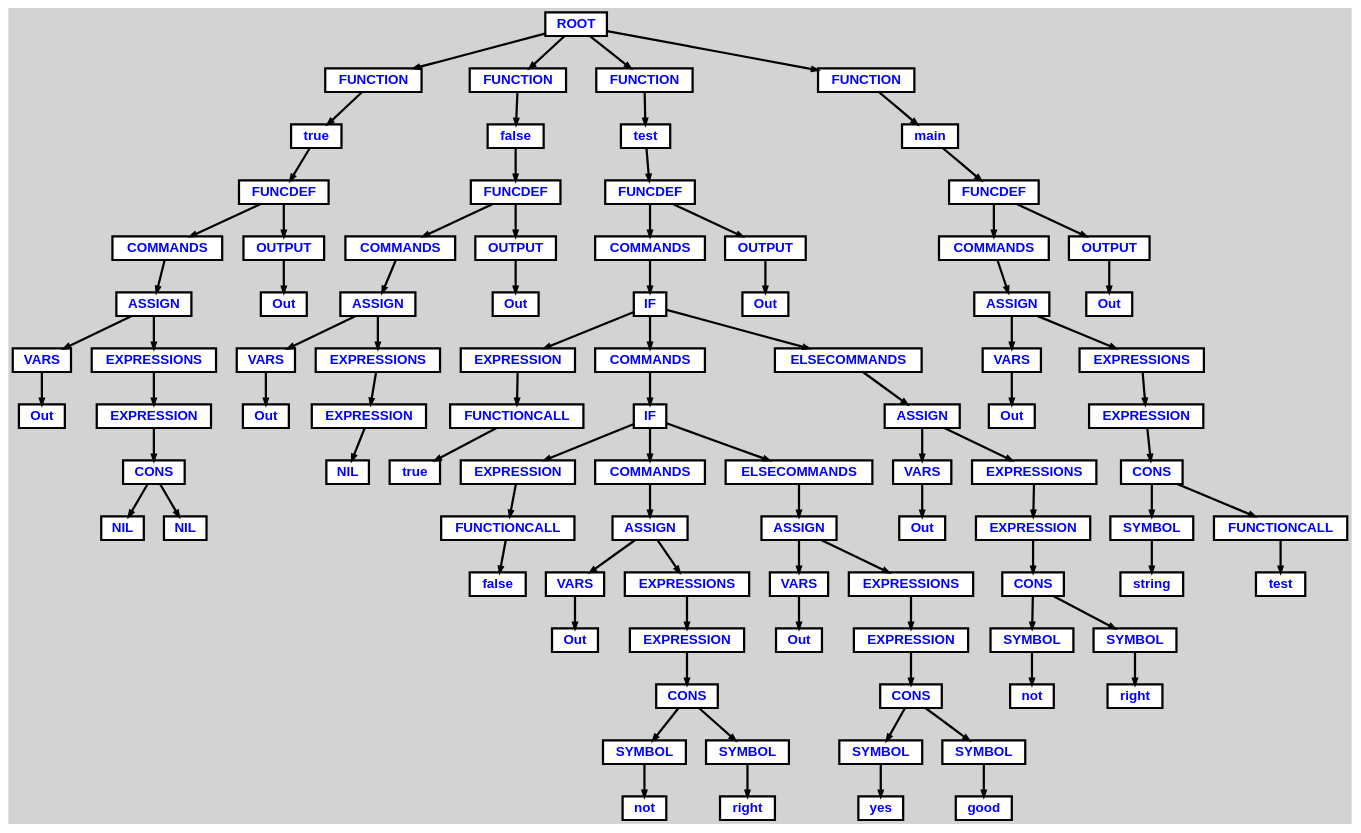
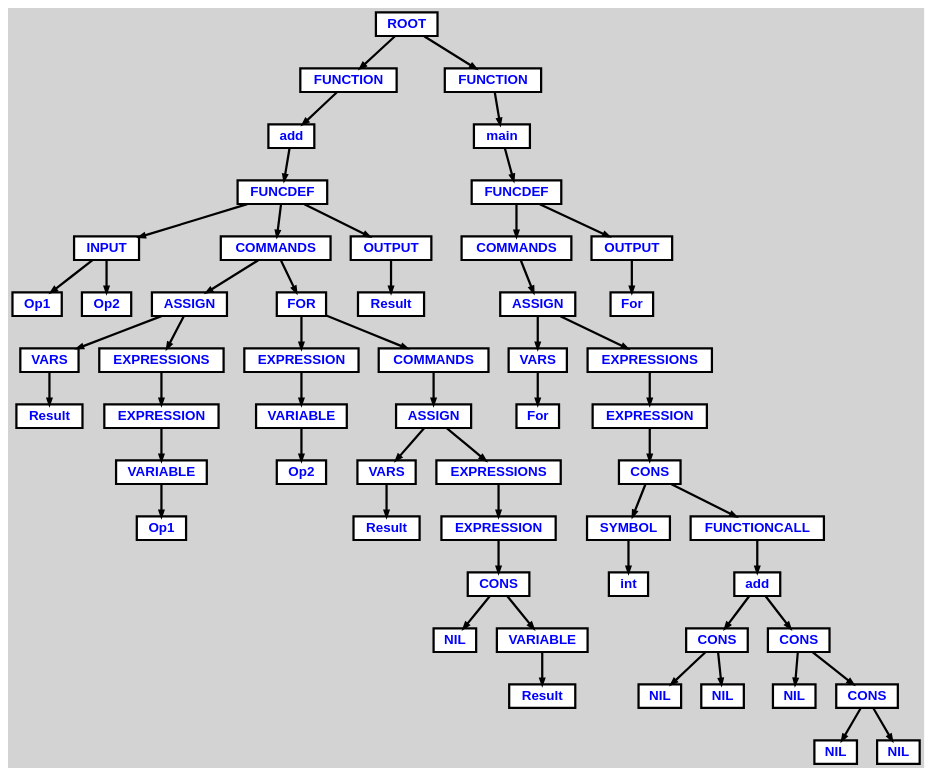
One commit to salahbdg/Zebla3 changed the diagram in ast.dot. Above: the diagram before and after it, drawn with Graphviz. The commit also changed 43 other files, not shown here.

```diff
--- a/ast.dot
+++ b/ast.dot
@@ -9,251 +9,149 @@
   n0 [label="ROOT"];
   n1 [label="FUNCTION"];
   n1 [label="FUNCTION"];
-  n2 [label="true"];
-  n2 [label="true"];
+  n2 [label="add"];
+  n2 [label="add"];
   n3 [label="FUNCDEF"];
   n3 [label="FUNCDEF"];
-  n4 [label="COMMANDS"];
-  n4 [label="COMMANDS"];
-  n5 [label="ASSIGN"];
-  n5 [label="ASSIGN"];
-  n6 [label="VARS"];
-  n6 [label="VARS"];
-  n7 [label="Out"];
-  n8 [label="EXPRESSIONS"];
-  n8 [label="EXPRESSIONS"];
-  n9 [label="EXPRESSION"];
-  n9 [label="EXPRESSION"];
-  n10 [label="CONS"];
-  n10 [label="CONS"];
-  n11 [label="NIL"];
-  n12 [label="NIL"];
-  n13 [label="OUTPUT"];
-  n13 [label="OUTPUT"];
-  n14 [label="Out"];
-  n15 [label="FUNCTION"];
-  n15 [label="FUNCTION"];
-  n16 [label="false"];
-  n16 [label="false"];
-  n17 [label="FUNCDEF"];
-  n17 [label="FUNCDEF"];
-  n18 [label="COMMANDS"];
-  n18 [label="COMMANDS"];
-  n19 [label="ASSIGN"];
-  n19 [label="ASSIGN"];
-  n20 [label="VARS"];
-  n20 [label="VARS"];
-  n21 [label="Out"];
-  n22 [label="EXPRESSIONS"];
-  n22 [label="EXPRESSIONS"];
-  n23 [label="EXPRESSION"];
-  n23 [label="EXPRESSION"];
-  n24 [label="NIL"];
-  n25 [label="OUTPUT"];
-  n25 [label="OUTPUT"];
-  n26 [label="Out"];
-  n27 [label="FUNCTION"];
-  n27 [label="FUNCTION"];
-  n28 [label="test"];
-  n28 [label="test"];
-  n29 [label="FUNCDEF"];
-  n29 [label="FUNCDEF"];
-  n30 [label="COMMANDS"];
-  n30 [label="COMMANDS"];
-  n31 [label="IF"];
-  n31 [label="IF"];
-  n32 [label="EXPRESSION"];
-  n32 [label="EXPRESSION"];
-  n33 [label="FUNCTIONCALL"];
-  n33 [label="FUNCTIONCALL"];
-  n34 [label="true"];
-  n35 [label="COMMANDS"];
-  n35 [label="COMMANDS"];
-  n36 [label="IF"];
-  n36 [label="IF"];
-  n37 [label="EXPRESSION"];
-  n37 [label="EXPRESSION"];
-  n38 [label="FUNCTIONCALL"];
-  n38 [label="FUNCTIONCALL"];
-  n39 [label="false"];
-  n40 [label="COMMANDS"];
-  n40 [label="COMMANDS"];
-  n41 [label="ASSIGN"];
-  n41 [label="ASSIGN"];
-  n42 [label="VARS"];
-  n42 [label="VARS"];
-  n43 [label="Out"];
-  n44 [label="EXPRESSIONS"];
-  n44 [label="EXPRESSIONS"];
-  n45 [label="EXPRESSION"];
-  n45 [label="EXPRESSION"];
-  n46 [label="CONS"];
-  n46 [label="CONS"];
-  n47 [label="SYMBOL"];
-  n47 [label="SYMBOL"];
-  n48 [label="not"];
-  n49 [label="SYMBOL"];
-  n49 [label="SYMBOL"];
-  n50 [label="right"];
-  n51 [label="ELSECOMMANDS"];
-  n51 [label="ELSECOMMANDS"];
-  n52 [label="ASSIGN"];
-  n52 [label="ASSIGN"];
-  n53 [label="VARS"];
-  n53 [label="VARS"];
-  n54 [label="Out"];
-  n55 [label="EXPRESSIONS"];
-  n55 [label="EXPRESSIONS"];
-  n56 [label="EXPRESSION"];
-  n56 [label="EXPRESSION"];
-  n57 [label="CONS"];
-  n57 [label="CONS"];
-  n58 [label="SYMBOL"];
-  n58 [label="SYMBOL"];
-  n59 [label="yes"];
-  n60 [label="SYMBOL"];
-  n60 [label="SYMBOL"];
-  n61 [label="good"];
-  n62 [label="ELSECOMMANDS"];
-  n62 [label="ELSECOMMANDS"];
-  n63 [label="ASSIGN"];
-  n63 [label="ASSIGN"];
-  n64 [label="VARS"];
-  n64 [label="VARS"];
-  n65 [label="Out"];
-  n66 [label="EXPRESSIONS"];
-  n66 [label="EXPRESSIONS"];
-  n67 [label="EXPRESSION"];
-  n67 [label="EXPRESSION"];
-  n68 [label="CONS"];
-  n68 [label="CONS"];
-  n69 [label="SYMBOL"];
-  n69 [label="SYMBOL"];
-  n70 [label="not"];
-  n71 [label="SYMBOL"];
-  n71 [label="SYMBOL"];
-  n72 [label="right"];
-  n73 [label="OUTPUT"];
-  n73 [label="OUTPUT"];
-  n74 [label="Out"];
-  n75 [label="FUNCTION"];
-  n75 [label="FUNCTION"];
-  n76 [label="main"];
-  n76 [label="main"];
-  n77 [label="FUNCDEF"];
-  n77 [label="FUNCDEF"];
-  n78 [label="COMMANDS"];
-  n78 [label="COMMANDS"];
-  n79 [label="ASSIGN"];
-  n79 [label="ASSIGN"];
-  n80 [label="VARS"];
-  n80 [label="VARS"];
-  n81 [label="Out"];
-  n82 [label="EXPRESSIONS"];
-  n82 [label="EXPRESSIONS"];
-  n83 [label="EXPRESSION"];
-  n83 [label="EXPRESSION"];
-  n84 [label="CONS"];
-  n84 [label="CONS"];
-  n85 [label="SYMBOL"];
-  n85 [label="SYMBOL"];
-  n86 [label="string"];
-  n87 [label="FUNCTIONCALL"];
-  n87 [label="FUNCTIONCALL"];
-  n88 [label="test"];
-  n89 [label="OUTPUT"];
-  n89 [label="OUTPUT"];
-  n90 [label="Out"];
+  n4 [label="INPUT"];
+  n4 [label="INPUT"];
+  n5 [label="Op1"];
+  n6 [label="Op2"];
+  n7 [label="COMMANDS"];
+  n7 [label="COMMANDS"];
+  n8 [label="ASSIGN"];
+  n8 [label="ASSIGN"];
+  n9 [label="VARS"];
+  n9 [label="VARS"];
+  n10 [label="Result"];
+  n11 [label="EXPRESSIONS"];
+  n11 [label="EXPRESSIONS"];
+  n12 [label="EXPRESSION"];
+  n12 [label="EXPRESSION"];
+  n13 [label="VARIABLE"];
+  n13 [label="VARIABLE"];
+  n14 [label="Op1"];
+  n15 [label="FOR"];
+  n15 [label="FOR"];
+  n16 [label="EXPRESSION"];
+  n16 [label="EXPRESSION"];
+  n17 [label="VARIABLE"];
+  n17 [label="VARIABLE"];
+  n18 [label="Op2"];
+  n19 [label="COMMANDS"];
+  n19 [label="COMMANDS"];
+  n20 [label="ASSIGN"];
+  n20 [label="ASSIGN"];
+  n21 [label="VARS"];
+  n21 [label="VARS"];
+  n22 [label="Result"];
+  n23 [label="EXPRESSIONS"];
+  n23 [label="EXPRESSIONS"];
+  n24 [label="EXPRESSION"];
+  n24 [label="EXPRESSION"];
+  n25 [label="CONS"];
+  n25 [label="CONS"];
+  n26 [label="NIL"];
+  n27 [label="VARIABLE"];
+  n27 [label="VARIABLE"];
+  n28 [label="Result"];
+  n29 [label="OUTPUT"];
+  n29 [label="OUTPUT"];
+  n30 [label="Result"];
+  n31 [label="FUNCTION"];
+  n31 [label="FUNCTION"];
+  n32 [label="main"];
+  n32 [label="main"];
+  n33 [label="FUNCDEF"];
+  n33 [label="FUNCDEF"];
+  n34 [label="COMMANDS"];
+  n34 [label="COMMANDS"];
+  n35 [label="ASSIGN"];
+  n35 [label="ASSIGN"];
+  n36 [label="VARS"];
+  n36 [label="VARS"];
+  n37 [label="For"];
+  n38 [label="EXPRESSIONS"];
+  n38 [label="EXPRESSIONS"];
+  n39 [label="EXPRESSION"];
+  n39 [label="EXPRESSION"];
+  n40 [label="CONS"];
+  n40 [label="CONS"];
+  n41 [label="SYMBOL"];
+  n41 [label="SYMBOL"];
+  n42 [label="int"];
+  n43 [label="FUNCTIONCALL"];
+  n43 [label="FUNCTIONCALL"];
+  n44 [label="add"];
+  n44 [label="add"];
+  n45 [label="CONS"];
+  n45 [label="CONS"];
+  n46 [label="NIL"];
+  n47 [label="NIL"];
+  n48 [label="CONS"];
+  n48 [label="CONS"];
+  n49 [label="NIL"];
+  n50 [label="CONS"];
+  n50 [label="CONS"];
+  n51 [label="NIL"];
+  n52 [label="NIL"];
+  n53 [label="OUTPUT"];
+  n53 [label="OUTPUT"];
+  n54 [label="For"];
 
   n0 -> n1 // "ROOT" -> "FUNCTION"
-  n1 -> n2 // "FUNCTION" -> "true"
-  n2 -> n3 // "true" -> "FUNCDEF"
-  n3 -> n4 // "FUNCDEF" -> "COMMANDS"
-  n4 -> n5 // "COMMANDS" -> "ASSIGN"
-  n5 -> n6 // "ASSIGN" -> "VARS"
-  n6 -> n7 // "VARS" -> "Out"
-  n5 -> n8 // "ASSIGN" -> "EXPRESSIONS"
-  n8 -> n9 // "EXPRESSIONS" -> "EXPRESSION"
-  n9 -> n10 // "EXPRESSION" -> "CONS"
-  n10 -> n11 // "CONS" -> "NIL"
-  n10 -> n12 // "CONS" -> "NIL"
-  n3 -> n13 // "FUNCDEF" -> "OUTPUT"
-  n13 -> n14 // "OUTPUT" -> "Out"
-  n0 -> n15 // "ROOT" -> "FUNCTION"
-  n15 -> n16 // "FUNCTION" -> "false"
-  n16 -> n17 // "false" -> "FUNCDEF"
-  n17 -> n18 // "FUNCDEF" -> "COMMANDS"
-  n18 -> n19 // "COMMANDS" -> "ASSIGN"
-  n19 -> n20 // "ASSIGN" -> "VARS"
-  n20 -> n21 // "VARS" -> "Out"
-  n19 -> n22 // "ASSIGN" -> "EXPRESSIONS"
-  n22 -> n23 // "EXPRESSIONS" -> "EXPRESSION"
-  n23 -> n24 // "EXPRESSION" -> "NIL"
-  n17 -> n25 // "FUNCDEF" -> "OUTPUT"
-  n25 -> n26 // "OUTPUT" -> "Out"
-  n0 -> n27 // "ROOT" -> "FUNCTION"
-  n27 -> n28 // "FUNCTION" -> "test"
-  n28 -> n29 // "test" -> "FUNCDEF"
-  n29 -> n30 // "FUNCDEF" -> "COMMANDS"
-  n30 -> n31 // "COMMANDS" -> "IF"
-  n31 -> n32 // "IF" -> "EXPRESSION"
-  n32 -> n33 // "EXPRESSION" -> "FUNCTIONCALL"
-  n33 -> n34 // "FUNCTIONCALL" -> "true"
-  n31 -> n35 // "IF" -> "COMMANDS"
-  n35 -> n36 // "COMMANDS" -> "IF"
-  n36 -> n37 // "IF" -> "EXPRESSION"
-  n37 -> n38 // "EXPRESSION" -> "FUNCTIONCALL"
-  n38 -> n39 // "FUNCTIONCALL" -> "false"
-  n36 -> n40 // "IF" -> "COMMANDS"
-  n40 -> n41 // "COMMANDS" -> "ASSIGN"
-  n41 -> n42 // "ASSIGN" -> "VARS"
-  n42 -> n43 // "VARS" -> "Out"
-  n41 -> n44 // "ASSIGN" -> "EXPRESSIONS"
-  n44 -> n45 // "EXPRESSIONS" -> "EXPRESSION"
-  n45 -> n46 // "EXPRESSION" -> "CONS"
-  n46 -> n47 // "CONS" -> "SYMBOL"
-  n47 -> n48 // "SYMBOL" -> "not"
-  n46 -> n49 // "CONS" -> "SYMBOL"
-  n49 -> n50 // "SYMBOL" -> "right"
-  n36 -> n51 // "IF" -> "ELSECOMMANDS"
-  n51 -> n52 // "ELSECOMMANDS" -> "ASSIGN"
-  n52 -> n53 // "ASSIGN" -> "VARS"
-  n53 -> n54 // "VARS" -> "Out"
-  n52 -> n55 // "ASSIGN" -> "EXPRESSIONS"
-  n55 -> n56 // "EXPRESSIONS" -> "EXPRESSION"
-  n56 -> n57 // "EXPRESSION" -> "CONS"
-  n57 -> n58 // "CONS" -> "SYMBOL"
-  n58 -> n59 // "SYMBOL" -> "yes"
-  n57 -> n60 // "CONS" -> "SYMBOL"
-  n60 -> n61 // "SYMBOL" -> "good"
-  n31 -> n62 // "IF" -> "ELSECOMMANDS"
-  n62 -> n63 // "ELSECOMMANDS" -> "ASSIGN"
-  n63 -> n64 // "ASSIGN" -> "VARS"
-  n64 -> n65 // "VARS" -> "Out"
-  n63 -> n66 // "ASSIGN" -> "EXPRESSIONS"
-  n66 -> n67 // "EXPRESSIONS" -> "EXPRESSION"
-  n67 -> n68 // "EXPRESSION" -> "CONS"
-  n68 -> n69 // "CONS" -> "SYMBOL"
-  n69 -> n70 // "SYMBOL" -> "not"
-  n68 -> n71 // "CONS" -> "SYMBOL"
-  n71 -> n72 // "SYMBOL" -> "right"
-  n29 -> n73 // "FUNCDEF" -> "OUTPUT"
-  n73 -> n74 // "OUTPUT" -> "Out"
-  n0 -> n75 // "ROOT" -> "FUNCTION"
-  n75 -> n76 // "FUNCTION" -> "main"
-  n76 -> n77 // "main" -> "FUNCDEF"
-  n77 -> n78 // "FUNCDEF" -> "COMMANDS"
-  n78 -> n79 // "COMMANDS" -> "ASSIGN"
-  n79 -> n80 // "ASSIGN" -> "VARS"
-  n80 -> n81 // "VARS" -> "Out"
-  n79 -> n82 // "ASSIGN" -> "EXPRESSIONS"
-  n82 -> n83 // "EXPRESSIONS" -> "EXPRESSION"
-  n83 -> n84 // "EXPRESSION" -> "CONS"
-  n84 -> n85 // "CONS" -> "SYMBOL"
-  n85 -> n86 // "SYMBOL" -> "string"
-  n84 -> n87 // "CONS" -> "FUNCTIONCALL"
-  n87 -> n88 // "FUNCTIONCALL" -> "test"
-  n77 -> n89 // "FUNCDEF" -> "OUTPUT"
-  n89 -> n90 // "OUTPUT" -> "Out"
+  n1 -> n2 // "FUNCTION" -> "add"
+  n2 -> n3 // "add" -> "FUNCDEF"
+  n3 -> n4 // "FUNCDEF" -> "INPUT"
+  n4 -> n5 // "INPUT" -> "Op1"
+  n4 -> n6 // "INPUT" -> "Op2"
+  n3 -> n7 // "FUNCDEF" -> "COMMANDS"
+  n7 -> n8 // "COMMANDS" -> "ASSIGN"
+  n8 -> n9 // "ASSIGN" -> "VARS"
+  n9 -> n10 // "VARS" -> "Result"
+  n8 -> n11 // "ASSIGN" -> "EXPRESSIONS"
+  n11 -> n12 // "EXPRESSIONS" -> "EXPRESSION"
+  n12 -> n13 // "EXPRESSION" -> "VARIABLE"
+  n13 -> n14 // "VARIABLE" -> "Op1"
+  n7 -> n15 // "COMMANDS" -> "FOR"
+  n15 -> n16 // "FOR" -> "EXPRESSION"
+  n16 -> n17 // "EXPRESSION" -> "VARIABLE"
+  n17 -> n18 // "VARIABLE" -> "Op2"
+  n15 -> n19 // "FOR" -> "COMMANDS"
+  n19 -> n20 // "COMMANDS" -> "ASSIGN"
+  n20 -> n21 // "ASSIGN" -> "VARS"
+  n21 -> n22 // "VARS" -> "Result"
+  n20 -> n23 // "ASSIGN" -> "EXPRESSIONS"
+  n23 -> n24 // "EXPRESSIONS" -> "EXPRESSION"
+  n24 -> n25 // "EXPRESSION" -> "CONS"
+  n25 -> n26 // "CONS" -> "NIL"
+  n25 -> n27 // "CONS" -> "VARIABLE"
+  n27 -> n28 // "VARIABLE" -> "Result"
+  n3 -> n29 // "FUNCDEF" -> "OUTPUT"
+  n29 -> n30 // "OUTPUT" -> "Result"
+  n0 -> n31 // "ROOT" -> "FUNCTION"
+  n31 -> n32 // "FUNCTION" -> "main"
+  n32 -> n33 // "main" -> "FUNCDEF"
+  n33 -> n34 // "FUNCDEF" -> "COMMANDS"
+  n34 -> n35 // "COMMANDS" -> "ASSIGN"
+  n35 -> n36 // "ASSIGN" -> "VARS"
+  n36 -> n37 // "VARS" -> "For"
+  n35 -> n38 // "ASSIGN" -> "EXPRESSIONS"
+  n38 -> n39 // "EXPRESSIONS" -> "EXPRESSION"
+  n39 -> n40 // "EXPRESSION" -> "CONS"
+  n40 -> n41 // "CONS" -> "SYMBOL"
+  n41 -> n42 // "SYMBOL" -> "int"
+  n40 -> n43 // "CONS" -> "FUNCTIONCALL"
+  n43 -> n44 // "FUNCTIONCALL" -> "add"
+  n44 -> n45 // "add" -> "CONS"
+  n45 -> n46 // "CONS" -> "NIL"
+  n45 -> n47 // "CONS" -> "NIL"
+  n44 -> n48 // "add" -> "CONS"
+  n48 -> n49 // "CONS" -> "NIL"
+  n48 -> n50 // "CONS" -> "CONS"
+  n50 -> n51 // "CONS" -> "NIL"
+  n50 -> n52 // "CONS" -> "NIL"
+  n33 -> n53 // "FUNCDEF" -> "OUTPUT"
+  n53 -> n54 // "OUTPUT" -> "For"
 
 }
```
